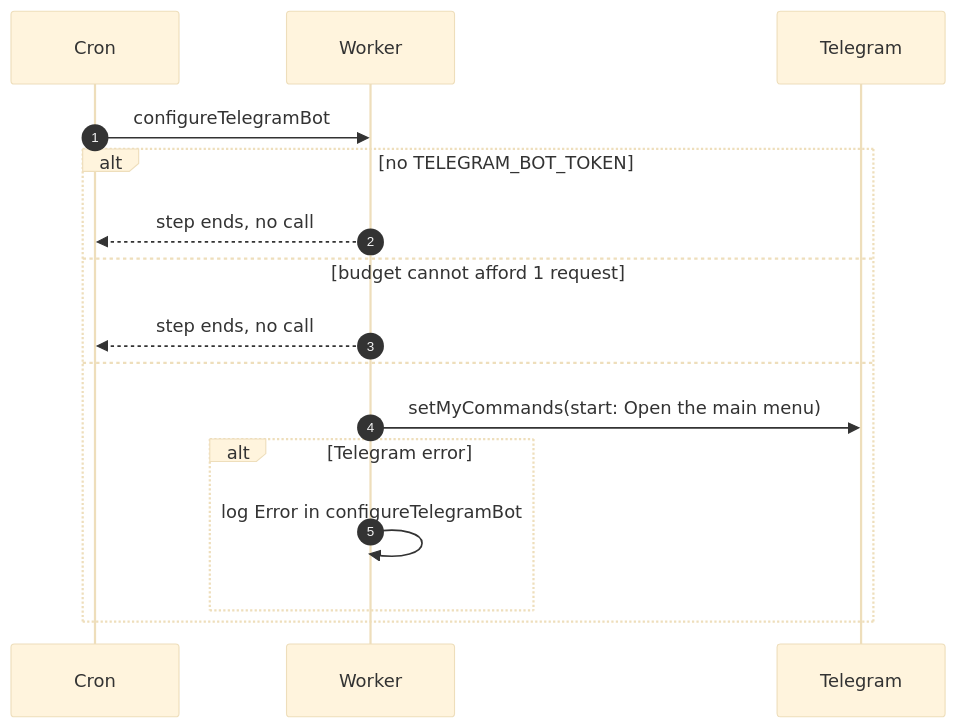
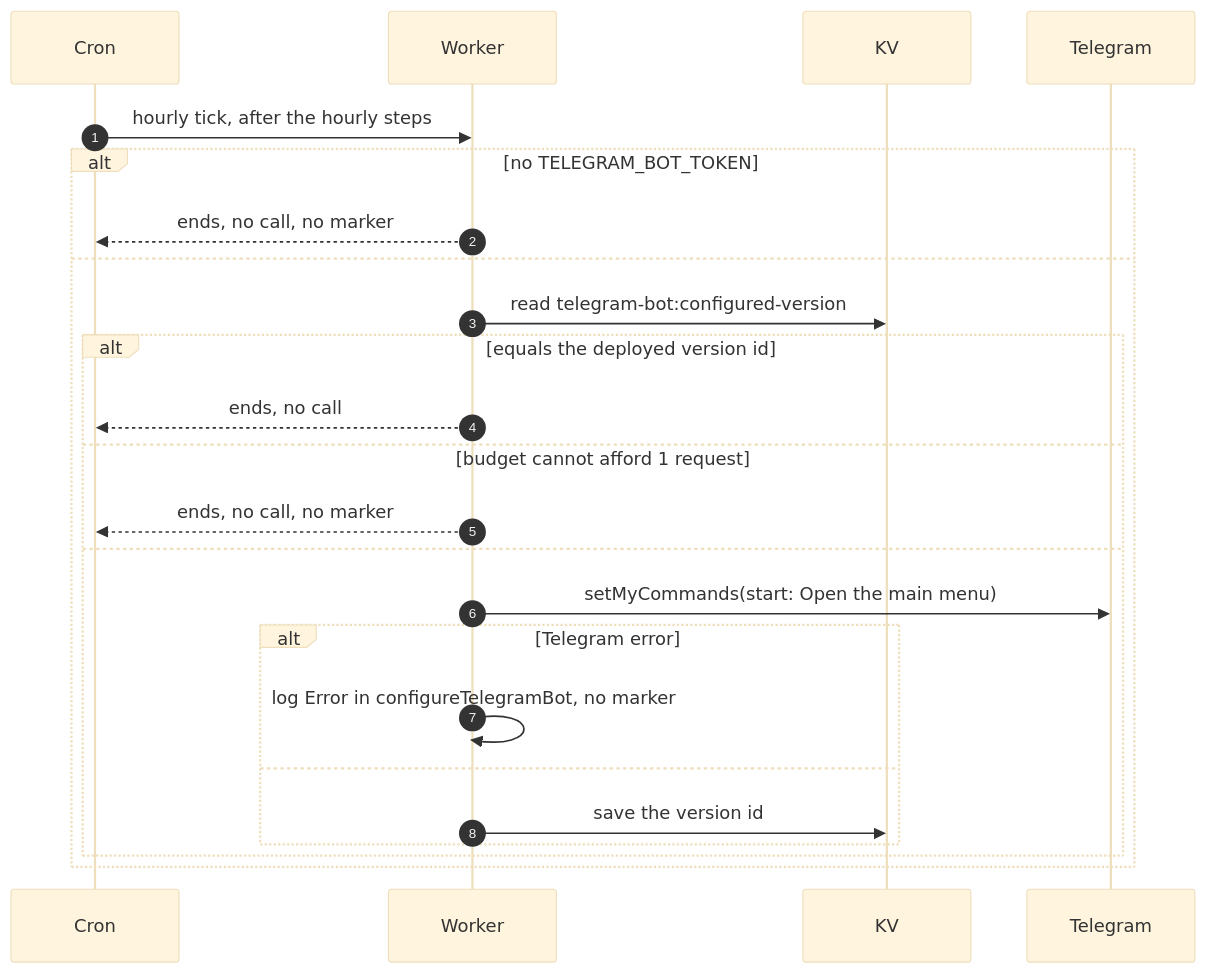
One commit to sagyzdop/meriksirat changed the diagram in docs/scenarios/cron/albums-and-housekeeping/bot-menu.md. Above: the diagram before and after it, drawn with Mermaid (base theme). The commit also changed other lines of this file and 31 other files, not shown here.

First line of the commit message:
feat(cron): split into 5-minute, hourly and daily triggers

````diff
--- a/docs/scenarios/cron/albums-and-housekeeping/bot-menu.md
+++ b/docs/scenarios/cron/albums-and-housekeeping/bot-menu.md
@@ -23,18 +33,26 @@
 ```mermaid
 sequenceDiagram
     autonumber
     participant Cron
     participant Worker
+    participant KV
     participant Telegram
-    Cron->>Worker: configureTelegramBot
+    Cron->>Worker: hourly tick, after the hourly steps
     alt no TELEGRAM_BOT_TOKEN
-        Worker-->>Cron: step ends, no call
-    else budget cannot afford 1 request
-        Worker-->>Cron: step ends, no call
+        Worker-->>Cron: ends, no call, no marker
     else
-        Worker->>Telegram: setMyCommands(start: Open the main menu)
-        alt Telegram error
-            Worker->>Worker: log Error in configureTelegramBot
+        Worker->>KV: read telegram-bot:configured-version
+        alt equals the deployed version id
+            Worker-->>Cron: ends, no call
+        else budget cannot afford 1 request
+            Worker-->>Cron: ends, no call, no marker
+        else
+            Worker->>Telegram: setMyCommands(start: Open the main menu)
+            alt Telegram error
+                Worker->>Worker: log Error in configureTelegramBot, no marker
+            else
+                Worker->>KV: save the version id
+            end
         end
     end
 ```
````
